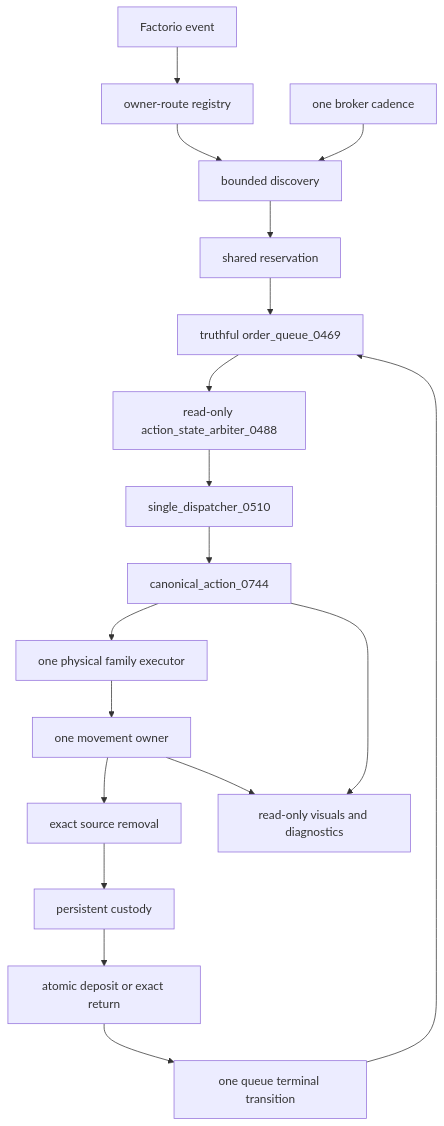
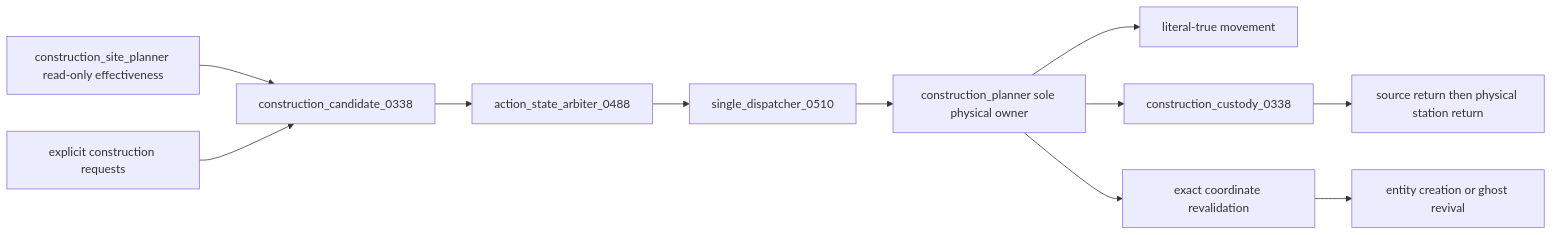
Before and after one commit to mrcalzon02/Tech-Priests: the second of 6 diagrams in docs/RECOVERY_AUTHORITY_MAP_CURRENT.md, drawn with Mermaid. The commit also changed other lines of this file, not shown here.

Commit message:
Map consolidated construction and fluid turret authority

````diff
--- a/docs/RECOVERY_AUTHORITY_MAP_CURRENT.md
+++ b/docs/RECOVERY_AUTHORITY_MAP_CURRENT.md
@@ -105,26 +29,13 @@
 ```mermaid
-flowchart TD
-    Event[Factorio event]
-    Registry[owner-route registry]
-    Broker[one broker cadence]
-    Discovery[bounded discovery]
-    Reservation[shared reservation]
-    Queue[truthful order_queue_0469]
-    Classification[read-only action_state_arbiter_0488]
-    Dispatcher[single_dispatcher_0510]
-    Action[canonical_action_0744]
-    Executor[one physical family executor]
-    Movement[one movement owner]
-    Remove[exact source removal]
-    Custody[persistent custody]
-    Deposit[atomic deposit or exact return]
-    Terminal[one queue terminal transition]
-    Observe[read-only visuals and diagnostics]
-
-    Event --> Registry --> Discovery
-    Broker --> Discovery
-    Discovery --> Reservation --> Queue --> Classification --> Dispatcher --> Action --> Executor
-    Executor --> Movement --> Remove --> Custody --> Deposit --> Terminal --> Queue
-    Action --> Observe
-    Movement --> Observe
+flowchart LR
+    Placement[construction_site_planner read-only effectiveness] --> Candidate[construction_candidate_0338]
+    Requests[explicit construction requests] --> Candidate
+    Candidate --> Arbiter[action_state_arbiter_0488]
+    Arbiter --> Dispatcher[single_dispatcher_0510]
+    Dispatcher --> Executor[construction_planner sole physical owner]
+    Executor --> Move[literal-true movement]
+    Executor --> Custody[construction_custody_0338]
+    Executor --> Revalidate[exact coordinate revalidation]
+    Revalidate --> Build[entity creation or ghost revival]
+    Custody --> Return[source return then physical station return]
 ```
````
